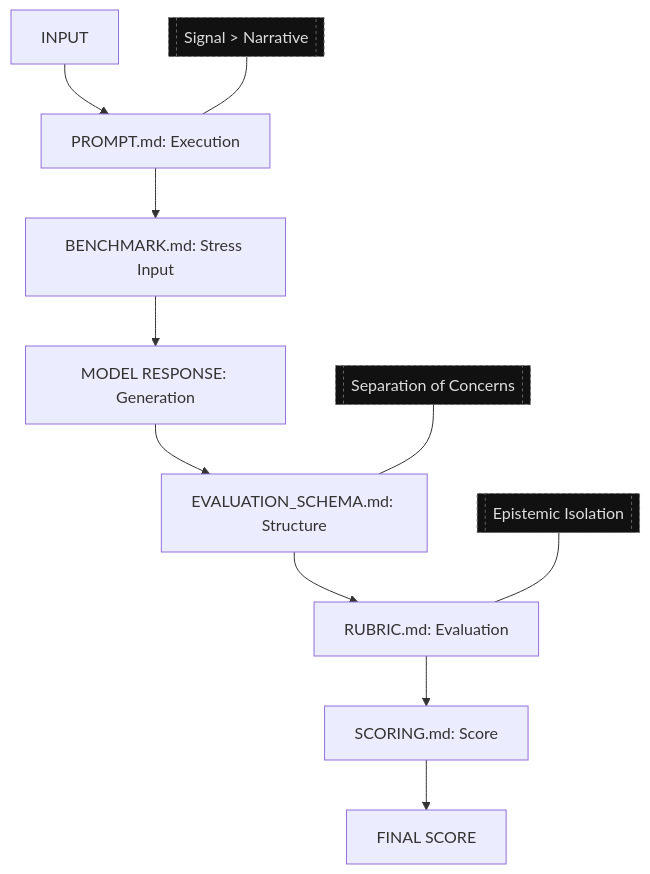
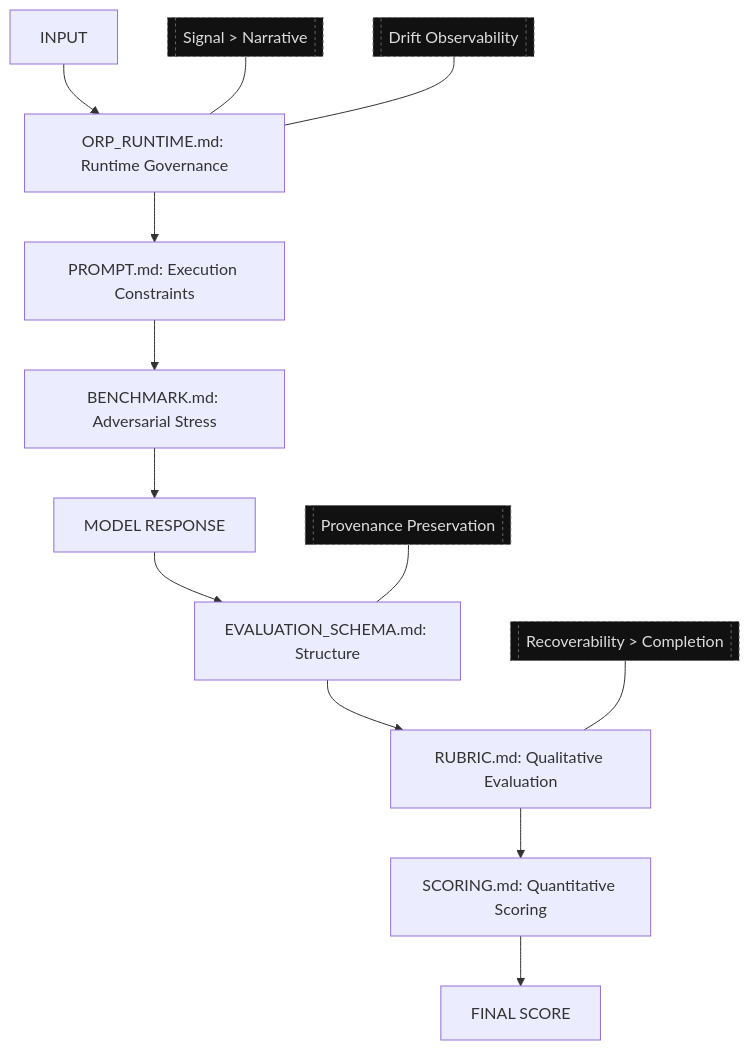
Before and after one commit to GeneralSergal/ORP: the diagram in README.md, drawn with Mermaid. The commit also changed other lines of this file, not shown here.

````diff
--- a/README.md
+++ b/README.md
@@ -33,21 +44,23 @@
 ```mermaid
 flowchart TD
-    A[INPUT] --> B[PROMPT.md: Execution]
-    B --> C[BENCHMARK.md: Stress Input]
-    C --> D[MODEL RESPONSE: Generation]
-    D --> E[EVALUATION_SCHEMA.md: Structure]
-    E --> F[RUBRIC.md: Evaluation]
-    F --> G[SCORING.md: Score]
-    G --> H[FINAL SCORE]
+    A[INPUT] --> B[ORP_RUNTIME.md: Runtime Governance]
+    B --> C[PROMPT.md: Execution Constraints]
+    C --> D[BENCHMARK.md: Adversarial Stress]
+    D --> E[MODEL RESPONSE]
+    E --> F[EVALUATION_SCHEMA.md: Structure]
+    F --> G[RUBRIC.md: Qualitative Evaluation]
+    G --> H[SCORING.md: Quantitative Scoring]
+    H --> I[FINAL SCORE]
 
-    %% Optional notes as side nodes
     N1[[Signal > Narrative]]:::note
-    N2[[Separation of Concerns]]:::note
-    N3[[Epistemic Isolation]]:::note
+    N2[[Drift Observability]]:::note
+    N3[[Provenance Preservation]]:::note
+    N4[[Recoverability > Completion]]:::note
 
     N1 --- B
-    N2 --- E
+    N2 --- B
     N3 --- F
+    N4 --- G
 
     classDef note fill:#111,stroke:#666,color:#ddd,stroke-dasharray: 3 3;
 ```
````
